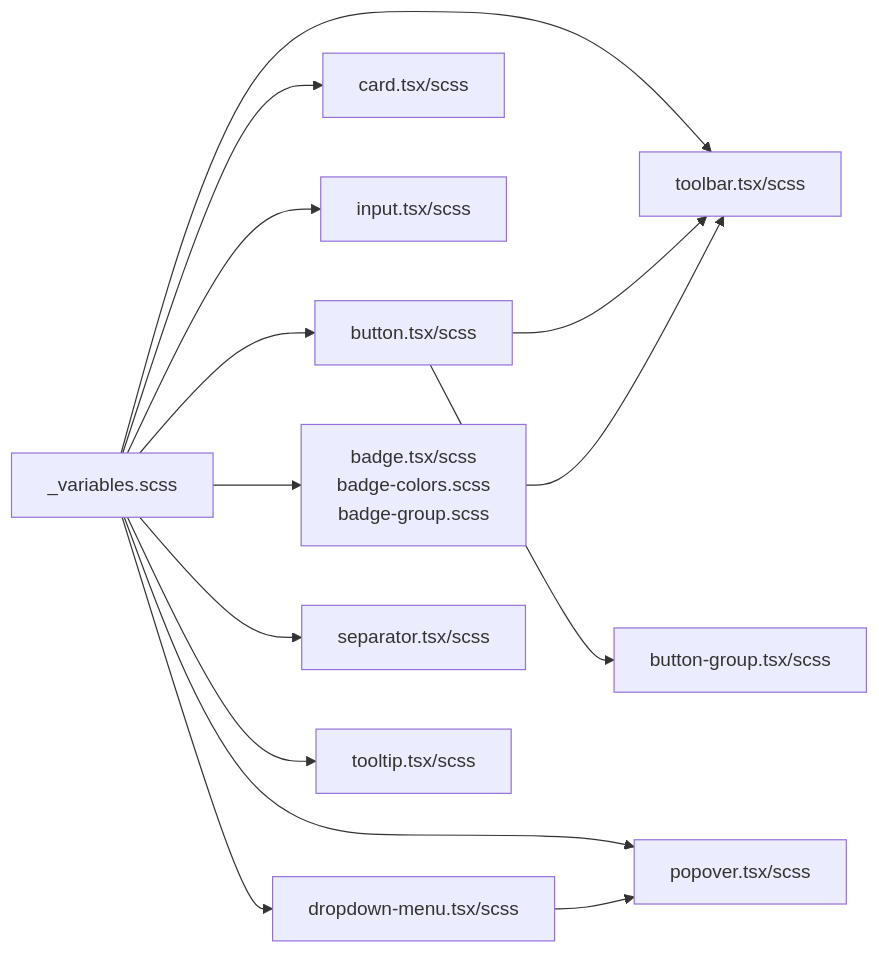
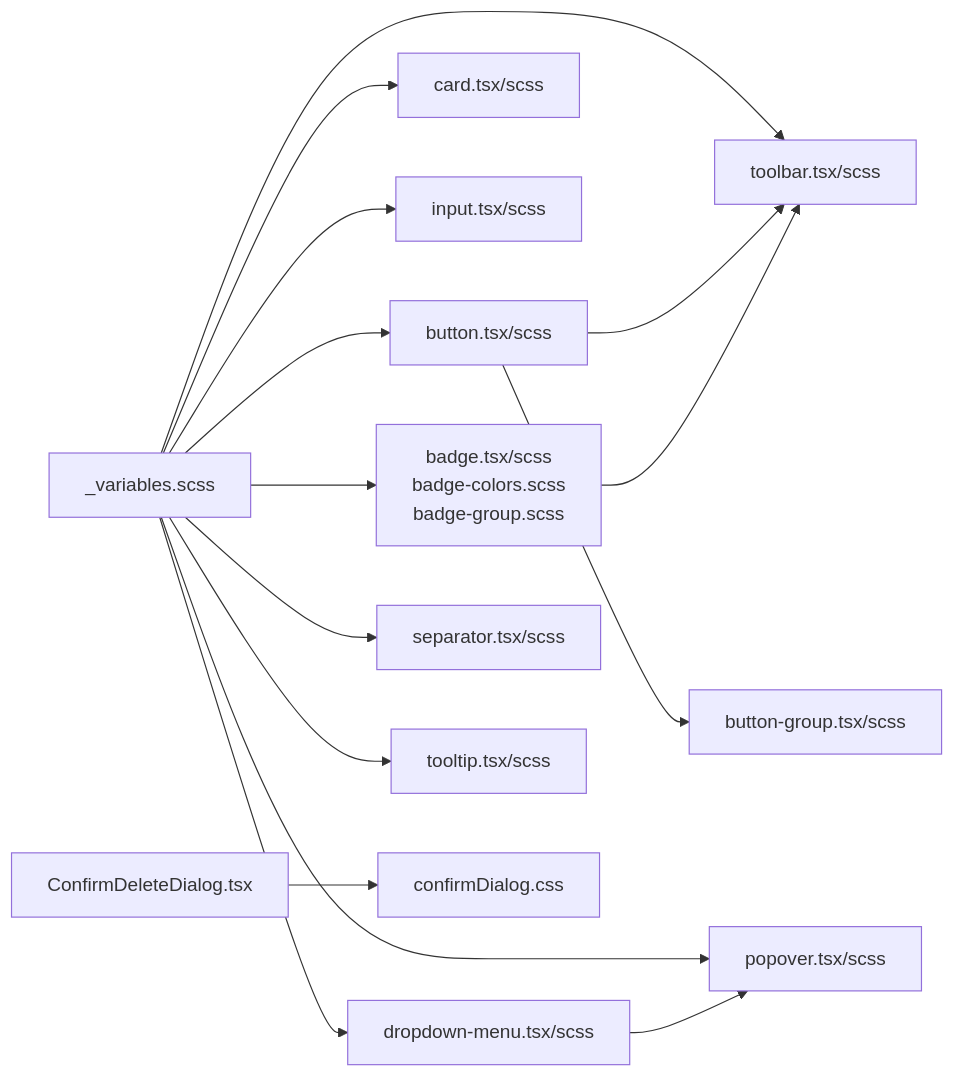
The sixth of 6 diagrams in .qoder/repowiki/zh/content/架构设计/组件架构设计/基础 UI 组件层.md (gzdxhujiale/FishWorker), drawn with Mermaid before and after one commit. The commit also changed other lines of this file and 19 other files, not shown here.

````diff
--- a/.qoder/repowiki/zh/content/架构设计/组件架构设计/基础 UI 组件层.md
+++ b/.qoder/repowiki/zh/content/架构设计/组件架构设计/基础 UI 组件层.md
@@ -389,16 +469,17 @@
 ```mermaid
 graph LR
 V["_variables.scss"] --> BTN["button.tsx/scss"]
 V --> CARD["card.tsx/scss"]
 V --> INP["input.tsx/scss"]
 V --> POP["popover.tsx/scss"]
 V --> TOOL["toolbar.tsx/scss"]
 V --> DROP["dropdown-menu.tsx/scss"]
 V --> BADGE["badge.tsx/scss<br/>badge-colors.scss<br/>badge-group.scss"]
 V --> SEP["separator.tsx/scss"]
 V --> TIP["tooltip.tsx/scss"]
+CD["ConfirmDeleteDialog.tsx"] --> CDCS["confirmDialog.css"]
 BTN --> TOOL
 BADGE --> TOOL
 DROP --> POP
 BTN --> BTNGRP["button-group.tsx/scss"]
 ```
````
